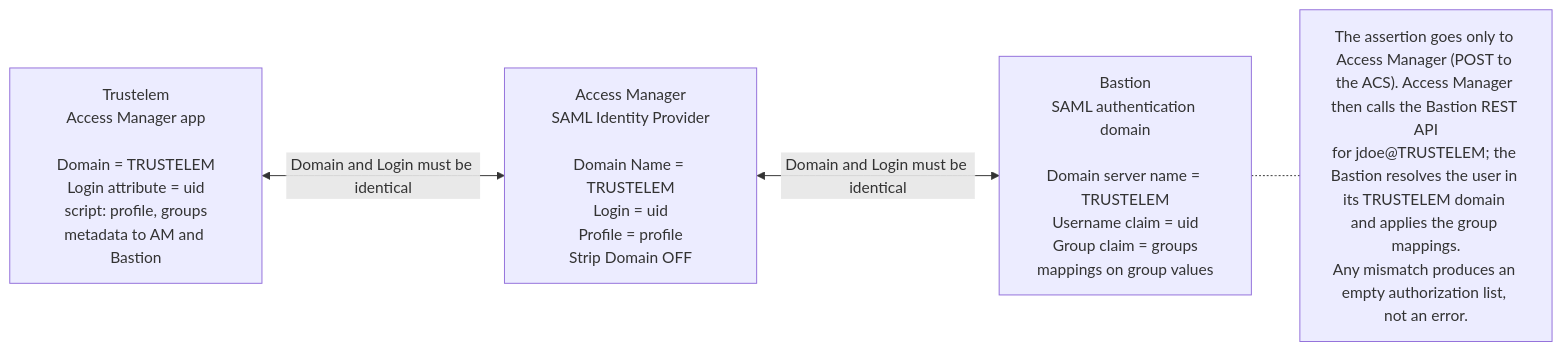
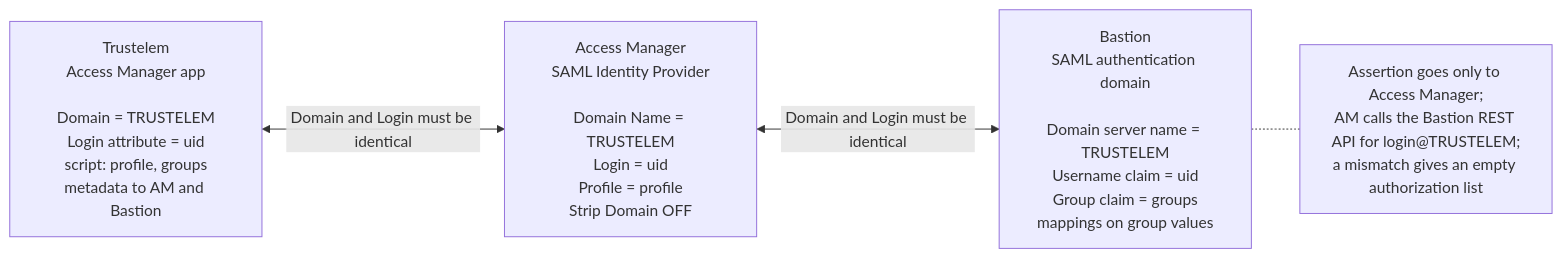
Before and after one commit to morandeirachema/Trustelem-: the diagram in tools/diagrams/11-naming-consistency.mmd, drawn with Mermaid. The commit also changed 8 other files, not shown here.

Commit message:
Shorten Mermaid labels to stop boxes overlapping text

```diff
--- a/tools/diagrams/11-naming-consistency.mmd
+++ b/tools/diagrams/11-naming-consistency.mmd
@@ -1,8 +1,8 @@
 flowchart LR
     T["Trustelem<br/>Access Manager app<br/><br/>Domain = TRUSTELEM<br/>Login attribute = uid<br/>script: profile, groups<br/>metadata to AM and Bastion"]
     AM["Access Manager<br/>SAML Identity Provider<br/><br/>Domain Name = TRUSTELEM<br/>Login = uid<br/>Profile = profile<br/>Strip Domain OFF"]
     B["Bastion<br/>SAML authentication domain<br/><br/>Domain server name = TRUSTELEM<br/>Username claim = uid<br/>Group claim = groups<br/>mappings on group values"]
     T <-->|Domain and Login must be identical| AM
     AM <-->|Domain and Login must be identical| B
-    NOTE["The assertion goes only to Access Manager (POST to the ACS). Access Manager then calls the Bastion REST API<br/>for jdoe@TRUSTELEM; the Bastion resolves the user in its TRUSTELEM domain and applies the group mappings.<br/>Any mismatch produces an empty authorization list, not an error."]
+    NOTE["Assertion goes only to Access Manager;<br/>AM calls the Bastion REST API for login@TRUSTELEM;<br/>a mismatch gives an empty authorization list"]
     B -.- NOTE
```
